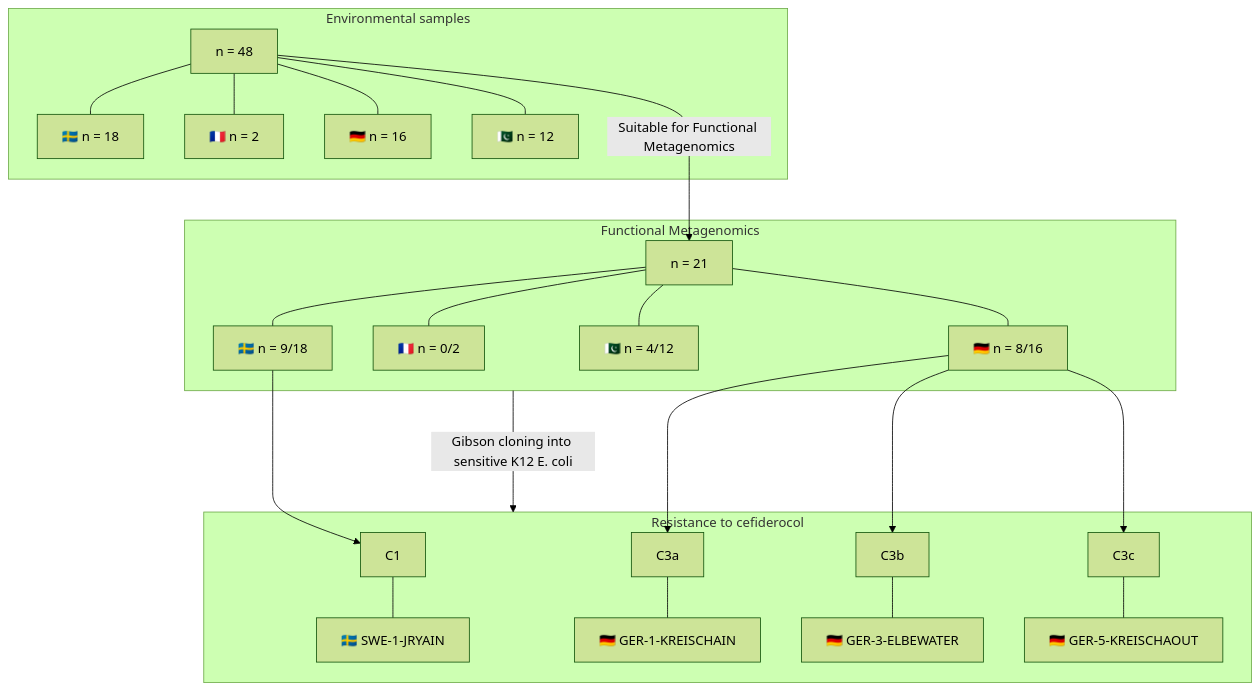
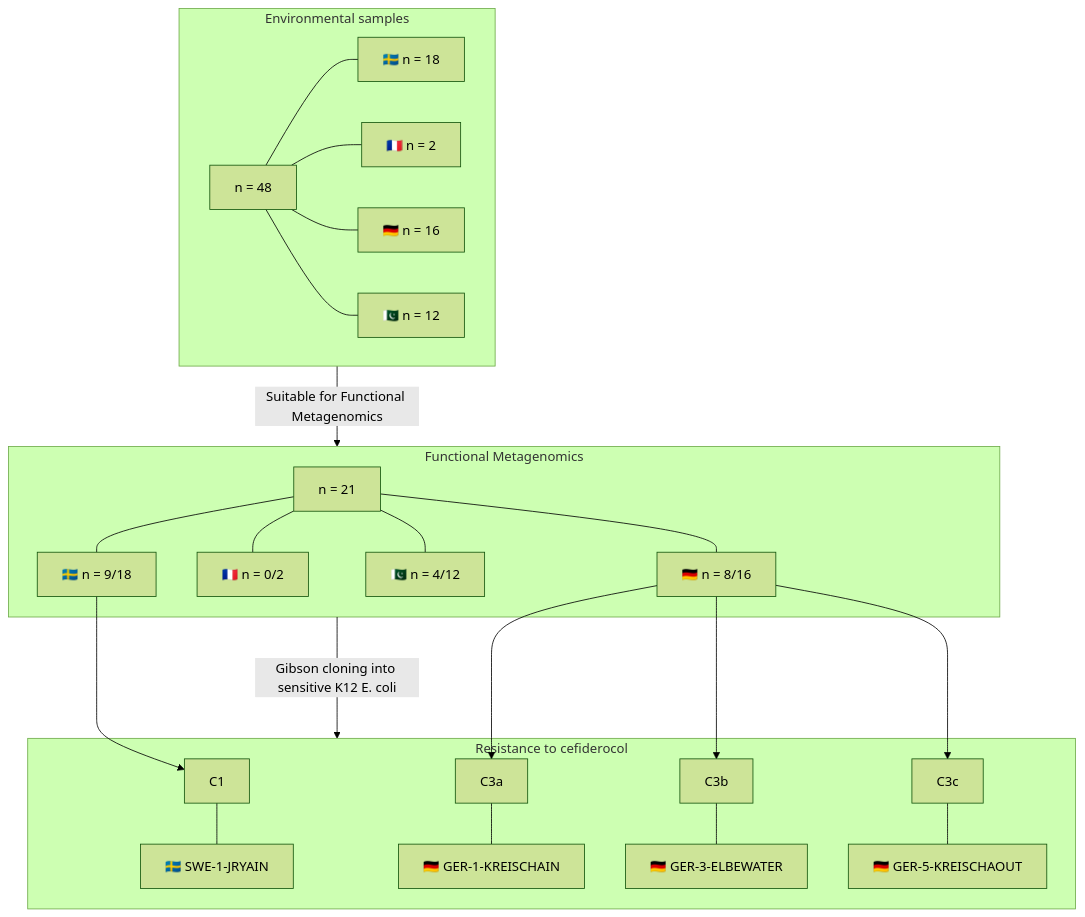
The diagram in README.md (RemiGSC/Mgf_FDC), drawn with Mermaid (forest theme) before and after one commit.

Commit message:
Edited README.md 'Experimental study design' graph

````diff
--- a/README.md
+++ b/README.md
@@ -7,32 +7,32 @@
 ```mermaid
 flowchart TD
 	subgraph ev [Environmental samples]
 		A[n = 48] --- A1[🇸🇪 n = 18]
 		A --- A2[🇫🇷 n = 2]
 		A --- A3[🇩🇪 n = 16]
 		A --- A4[🇵🇰 n = 12]
 	end
 
 	subgraph fmg [Functional Metagenomics]
 		B[n = 21] --- B1[🇸🇪 n = 9/18]
 		B --- B2[🇫🇷 n = 0/2]
 		B --- B3[🇩🇪 n = 8/16]
 		B --- B4[🇵🇰 n = 4/12]
 	end
 
 	subgraph Rcef [Resistance to cefiderocol]
 		C1 --- CC1[🇸🇪 SWE-1-JRYAIN]
 		C3a --- CC3a[🇩🇪 GER-1-KREISCHAIN]
 		C3b --- CC3b[🇩🇪 GER-3-ELBEWATER]
 		C3c --- CC3c[🇩🇪 GER-5-KREISCHAOUT]
 	end
 
-A --->|Suitable for Functional Metagenomics| B
+ev -->|Suitable for Functional Metagenomics| fmg
 
 fmg -->|Gibson cloning into sensitive K12 E. coli| Rcef
 
 B1 ---> C1
 B3 ---> C3a
 B3 ---> C3b
 B3 ---> C3c
 ```
````
